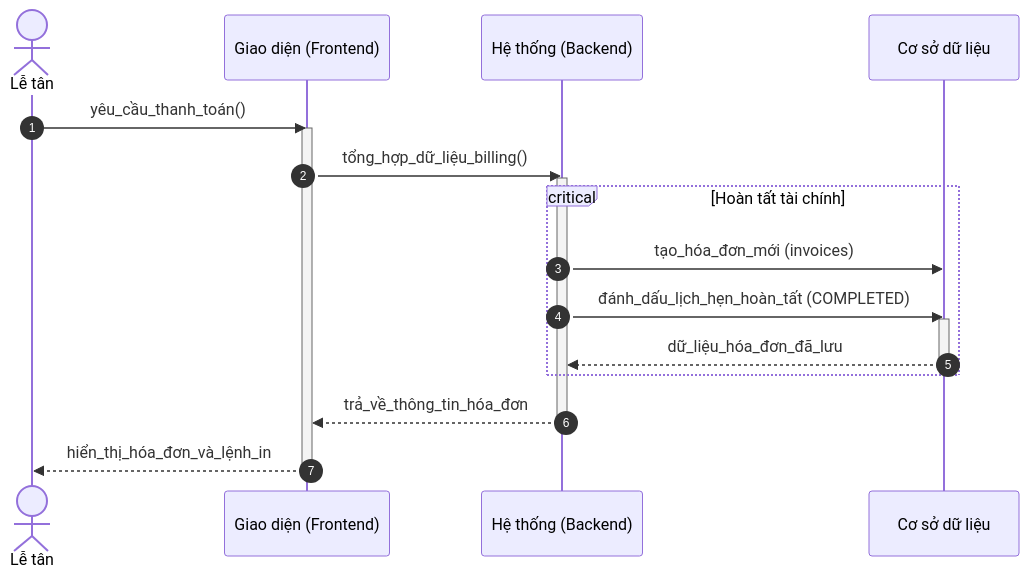
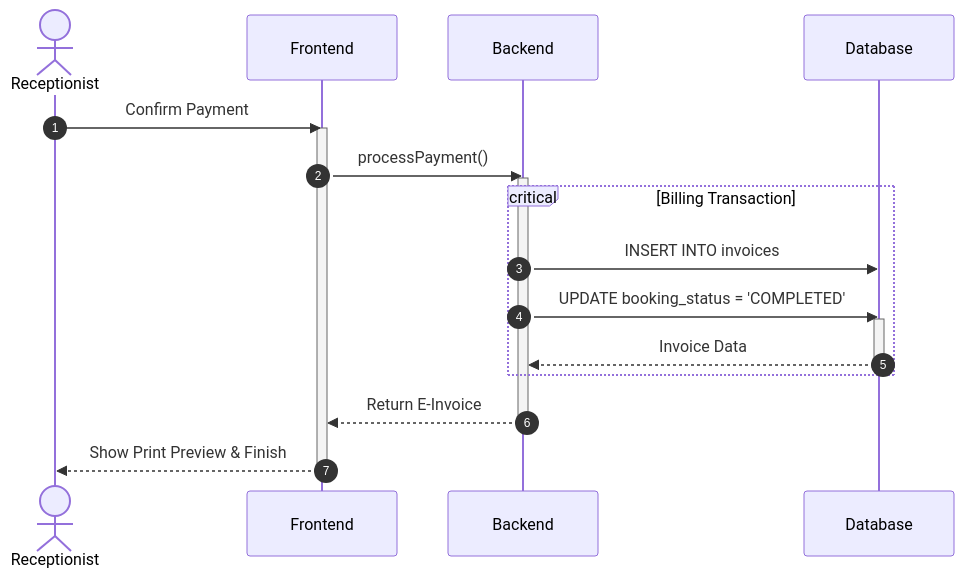
Before and after one commit to ngoctinn/Synapse: the fourth of 6 diagrams in docs/design/sequences_simplified/receptionist_flows.md, drawn with Mermaid. The commit also changed other lines of this file and 4 other files, not shown here.

Commit message:
feat: add simplified sequence diagrams for authentication and core user flows.

````diff
--- a/docs/design/sequences_simplified/receptionist_flows.md
+++ b/docs/design/sequences_simplified/receptionist_flows.md
@@ -41,26 +111,26 @@
 ```mermaid
 sequenceDiagram
     autonumber
-    actor LT as Lễ tân
-    participant FE as Giao diện (Frontend)
-    participant BE as Hệ thống (Backend)
-    participant DB as Cơ sở dữ liệu
+    actor LT as Receptionist
+    participant FE as Frontend
+    participant BE as Backend
+    participant DB as Database
 
-    LT->>FE: yêu_cầu_thanh_toán()
+    LT->>FE: Confirm Payment
     activate FE
-    FE->>BE: tổng_hợp_dữ_liệu_billing()
+    FE->>BE: processPayment()
     activate BE
 
-    critical Hoàn tất tài chính
-        BE->>DB: tạo_hóa_đơn_mới (invoices)
-        BE->>DB: đánh_dấu_lịch_hẹn_hoàn_tất (COMPLETED)
+    critical Billing Transaction
+        BE->>DB: INSERT INTO invoices
+        BE->>DB: UPDATE booking_status = 'COMPLETED'
         activate DB
-        DB-->>BE: dữ_liệu_hóa_đơn_đã_lưu
+        DB-->>BE: Invoice Data
         deactivate DB
     end
 
-    BE-->>FE: trả_về_thông_tin_hóa_đơn
+    BE-->>FE: Return E-Invoice
     deactivate BE
-    FE-->>LT: hiển_thị_hóa_đơn_và_lệnh_in
+    FE-->>LT: Show Print Preview & Finish
     deactivate FE
 ```
````
